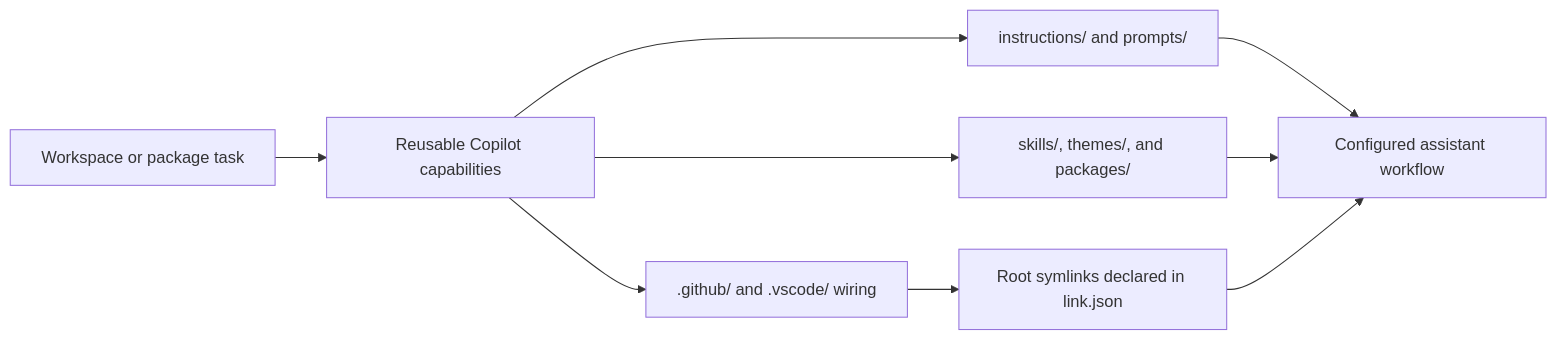
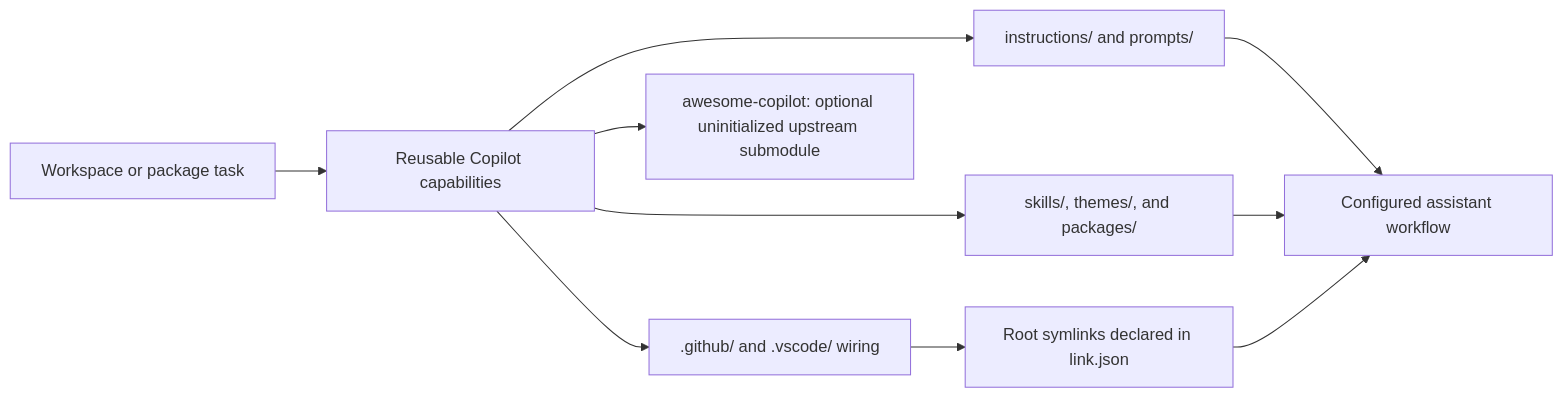
Before and after one commit to anoblet/copilot: the diagram in readme.md, drawn with Mermaid. The commit also changed other lines of this file and 1 other file, not shown here.

````diff
--- a/readme.md
+++ b/readme.md
@@ -11,11 +13,12 @@
 ```mermaid
 flowchart LR
     A["Workspace or package task"] --> B["Reusable Copilot capabilities"]
     B --> C["instructions/ and prompts/"]
     B --> D["skills/, themes/, and packages/"]
     B --> E[".github/ and .vscode/ wiring"]
+    B --> S["awesome-copilot: optional uninitialized upstream submodule"]
     E --> F["Root symlinks declared in link.json"]
     C --> G["Configured assistant workflow"]
     D --> G
     F --> G
 ```
````
